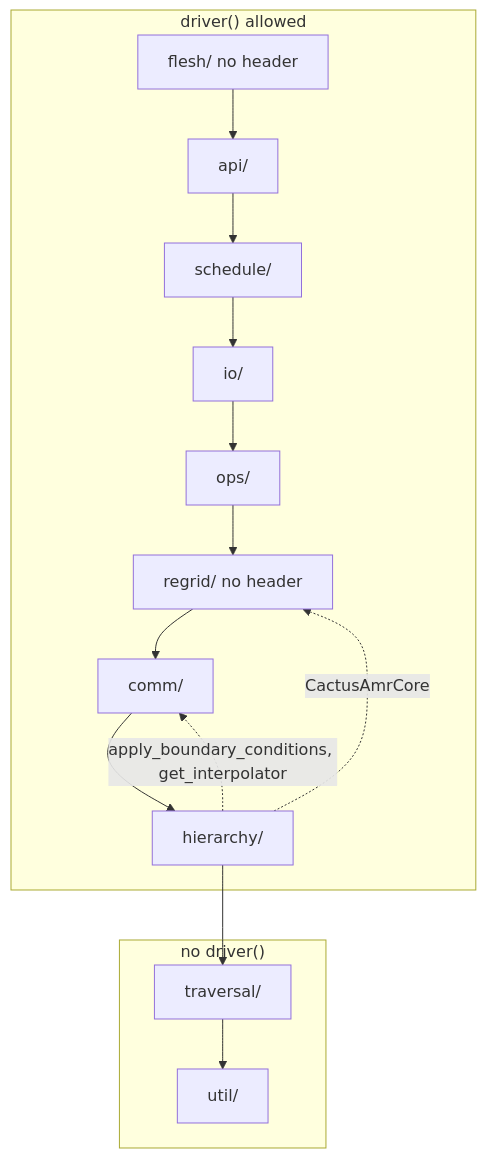
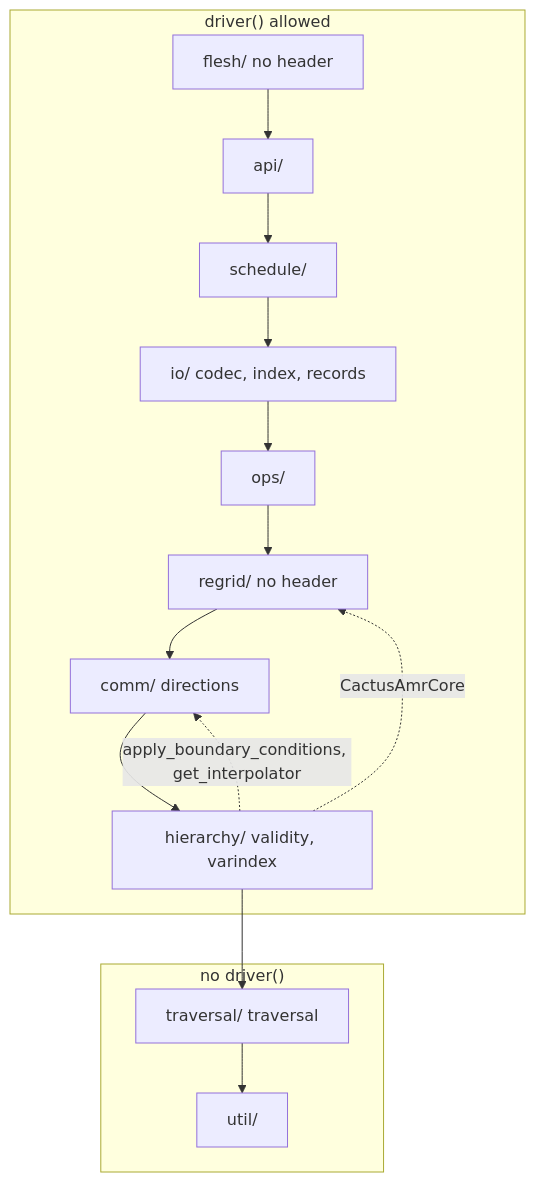
Before and after one commit to lwJi/CarpetX: the first of 3 diagrams in agent_docs/carpetx-internals.md, drawn with Mermaid. The commit also changed other lines of this file and 4 other files, not shown here.

````diff
--- a/agent_docs/carpetx-internals.md
+++ b/agent_docs/carpetx-internals.md
@@ -11,21 +9,21 @@
 ```mermaid
 %% python3 scripts/boundary doc --write rewrites this block: the stack
 flowchart TB
   subgraph door["driver() allowed"]
     flesh["flesh/ no header"]
     api["api/"]
     schedule["schedule/"]
-    io["io/"]
+    io["io/ codec, index, records"]
     ops["ops/"]
     regrid["regrid/ no header"]
-    comm["comm/"]
-    hierarchy["hierarchy/"]
+    comm["comm/ directions"]
+    hierarchy["hierarchy/ validity, varindex"]
   end
   subgraph nodoor["no driver()"]
-    traversal["traversal/"]
+    traversal["traversal/ traversal"]
     util["util/"]
   end
   flesh --> api --> schedule --> io --> ops --> regrid --> comm --> hierarchy --> traversal --> util
   hierarchy -. "CactusAmrCore" .-> regrid
   hierarchy -. "apply_boundary_conditions, get_interpolator" .-> comm
 ```
````
